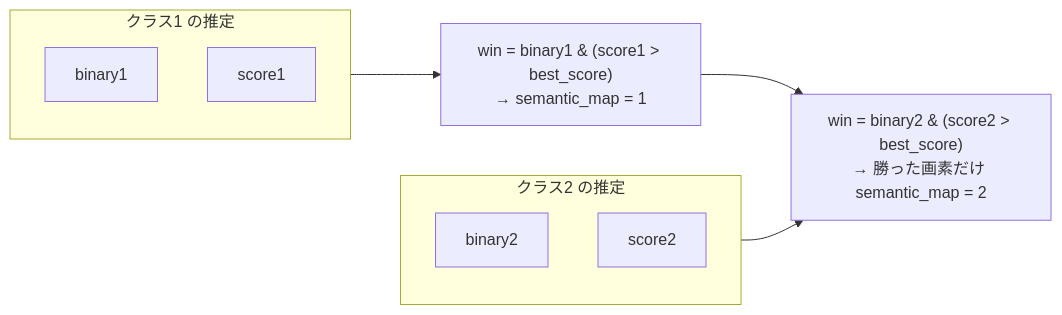
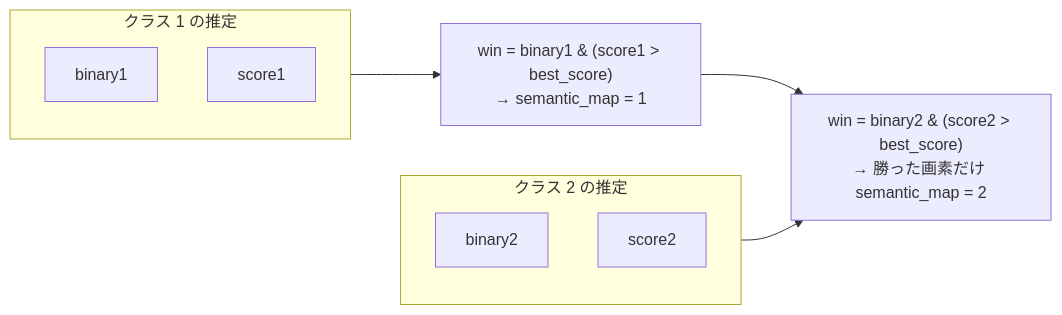
One commit to fklg-64/pe_anything_detect changed the tenth of 15 diagrams in docs/semantic_refiner.md. Above: the diagram before and after it, drawn with Mermaid. The commit also changed other lines of this file and 2 other files, not shown here.

````diff
--- a/docs/semantic_refiner.md
+++ b/docs/semantic_refiner.md
@@ -345,14 +331,14 @@
 ```mermaid
 flowchart LR
-    subgraph C1["クラス1 の推定"]
+    subgraph C1["クラス 1 の推定"]
         B1["binary1"]
         S1["score1"]
     end
-    subgraph C2["クラス2 の推定"]
+    subgraph C2["クラス 2 の推定"]
         B2["binary2"]
         S2["score2"]
     end
     C1 --> W1["win = binary1 & (score1 > best_score)<br/>→ semantic_map = 1"]
     W1 --> W2["win = binary2 & (score2 > best_score)<br/>→ 勝った画素だけ semantic_map = 2"]
     C2 --> W2
 ```
````
